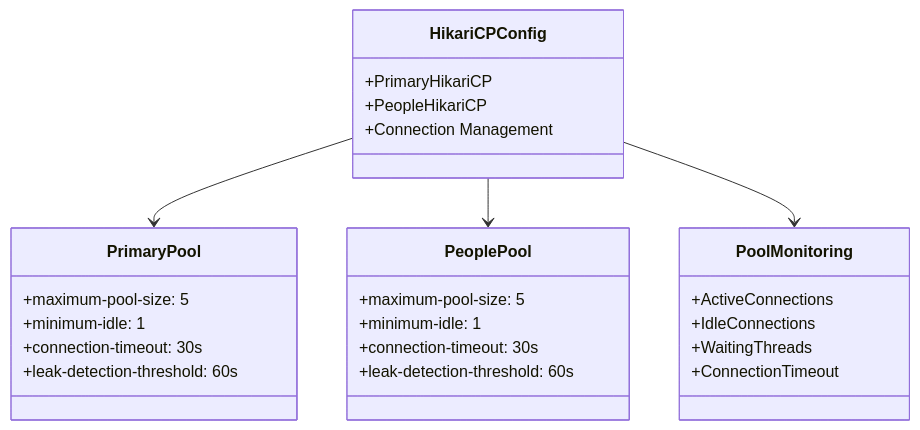
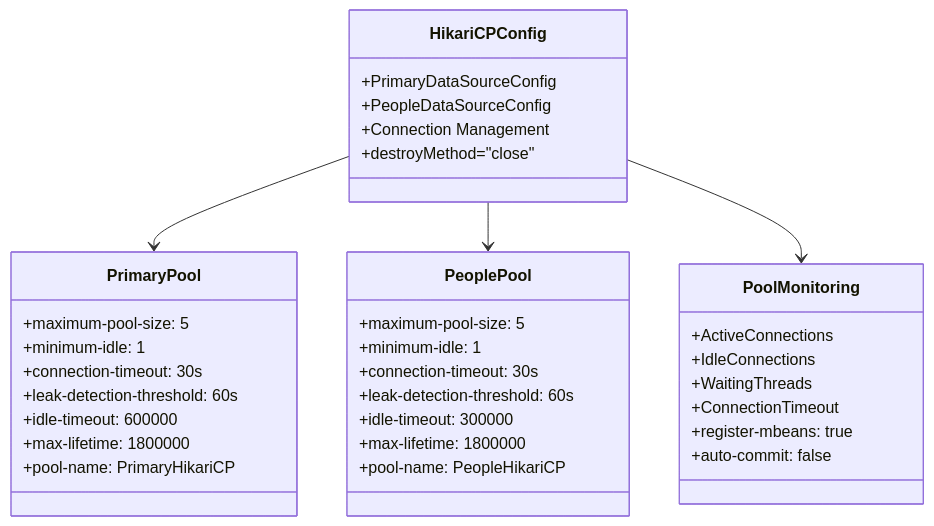
Before and after one commit to Vinskao/ty-multiverse-backend: the seventh of 10 diagrams in README.md, drawn with Mermaid. The commit also changed other lines of this file, not shown here.

Commit message:
info: update graph

````diff
--- a/README.md
+++ b/README.md
@@ -368,33 +296,42 @@
 ```mermaid
 classDiagram
     class HikariCPConfig {
-        +PrimaryHikariCP
-        +PeopleHikariCP
+        +PrimaryDataSourceConfig
+        +PeopleDataSourceConfig
         +Connection Management
+        +destroyMethod="close"
     }
     
     class PrimaryPool {
         +maximum-pool-size: 5
         +minimum-idle: 1
         +connection-timeout: 30s
         +leak-detection-threshold: 60s
+        +idle-timeout: 600000
+        +max-lifetime: 1800000
+        +pool-name: PrimaryHikariCP
     }
     
     class PeoplePool {
         +maximum-pool-size: 5
         +minimum-idle: 1
         +connection-timeout: 30s
         +leak-detection-threshold: 60s
+        +idle-timeout: 300000
+        +max-lifetime: 1800000
+        +pool-name: PeopleHikariCP
     }
     
     class PoolMonitoring {
         +ActiveConnections
         +IdleConnections
         +WaitingThreads
         +ConnectionTimeout
+        +register-mbeans: true
+        +auto-commit: false
     }
     
     HikariCPConfig --> PrimaryPool
     HikariCPConfig --> PeoplePool
     HikariCPConfig --> PoolMonitoring
 ```
````
